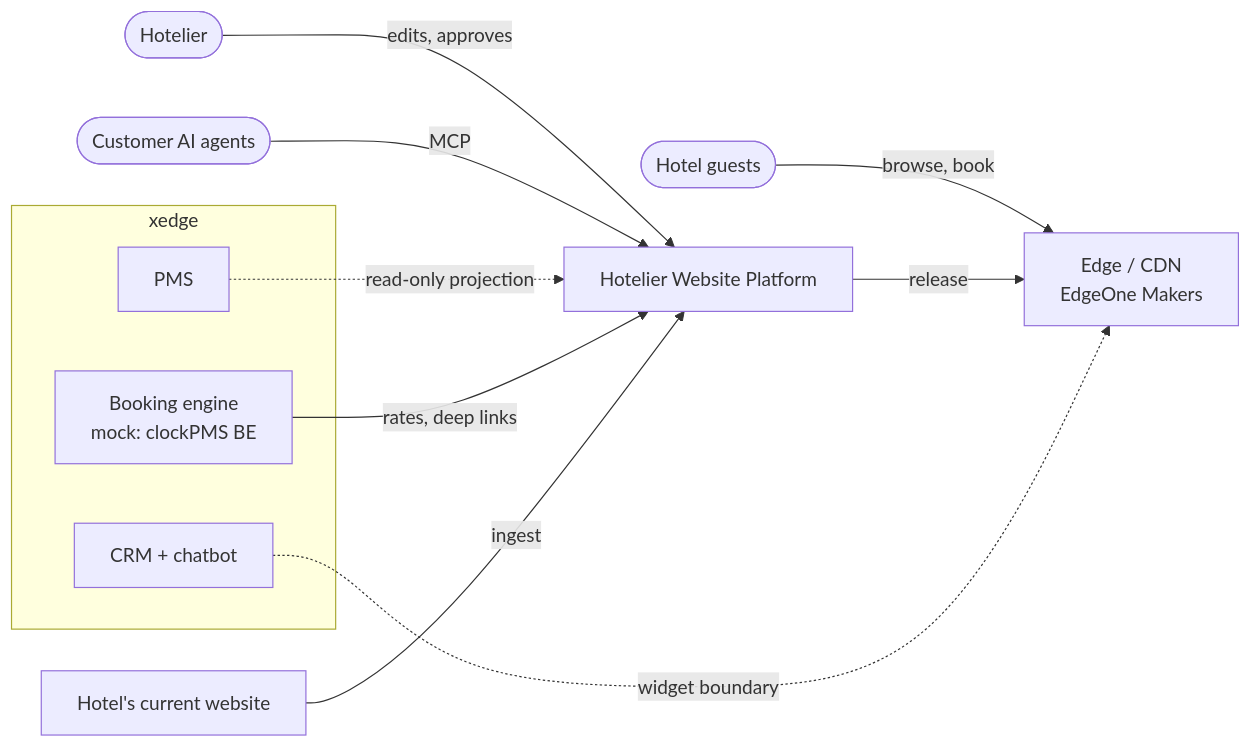
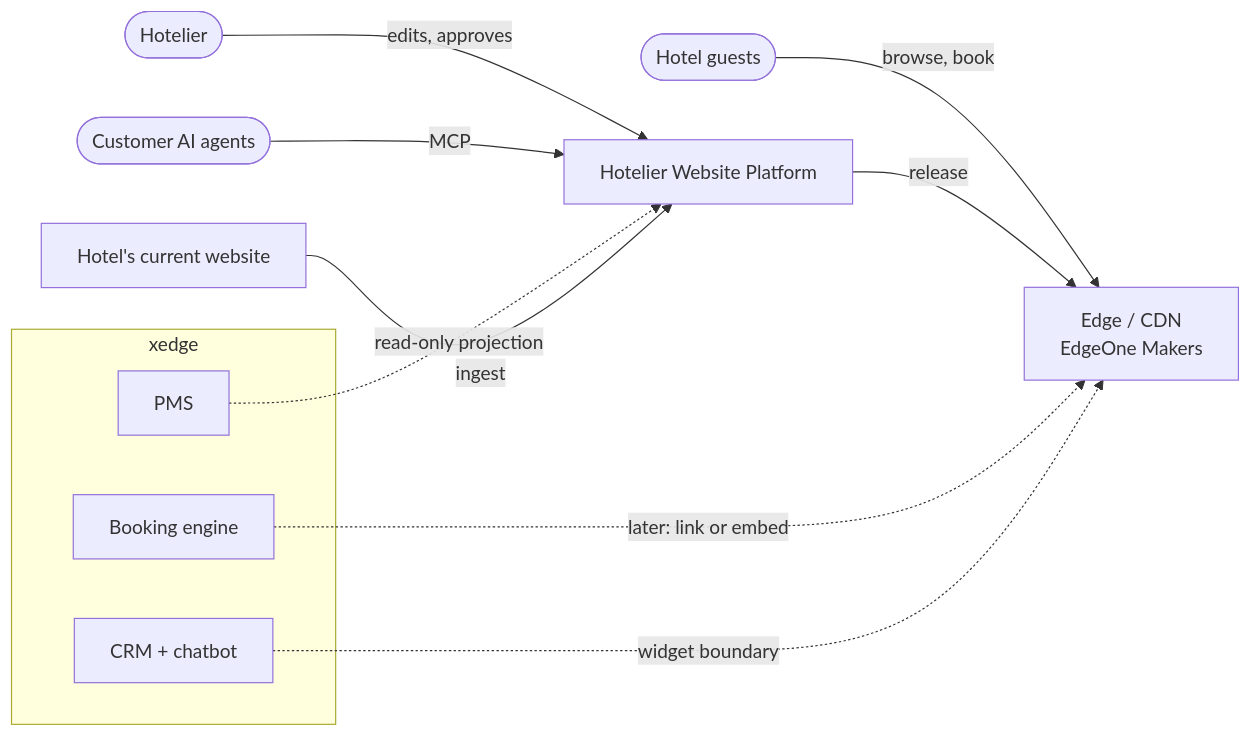
One commit to aminebelkou-creator/hh-hotel-CMS changed the second of 4 diagrams in README.md. Above: the diagram before and after it, drawn with Mermaid. The commit also changed other lines of this file and 65 other files, not shown here.

````diff
--- a/README.md
+++ b/README.md
@@ -91,16 +91,16 @@
 ```mermaid
 flowchart LR
   H([Hotelier]) -->|edits, approves| P
   G([Hotel guests]) -->|browse, book| E
   A([Customer AI agents]) -->|MCP| P
   subgraph X [xedge]
     PMS[PMS]
-    BE[Booking engine<br/>mock: clockPMS BE]
+    BE[Booking engine]
     CRM[CRM + chatbot]
   end
   P[Hotelier Website Platform] -->|release| E[Edge / CDN<br/>EdgeOne Makers]
   PMS -. read-only projection .-> P
-  BE -->|rates, deep links| P
+  BE -. later: link or embed .-> E
   CRM -. widget boundary .-> E
   W[Hotel's current website] -->|ingest| P
 ```
````
